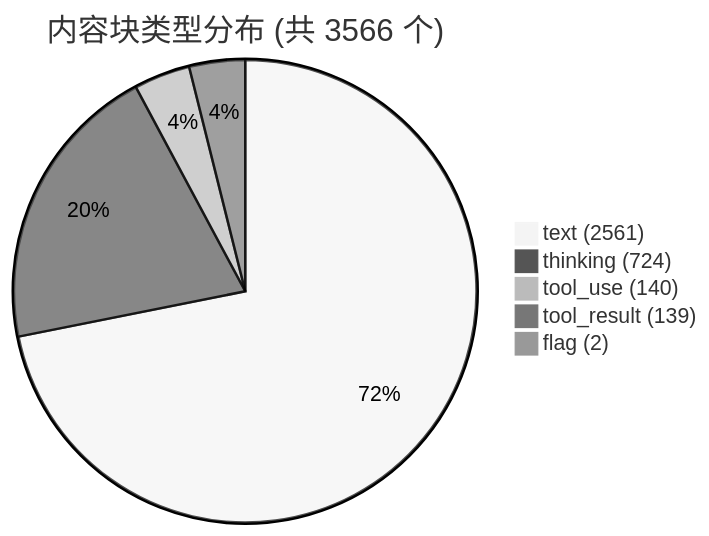
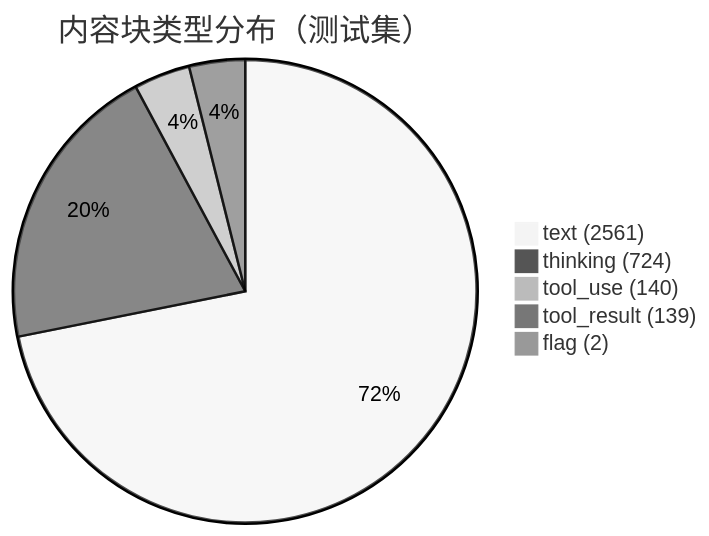
One commit to Silva6c/claude-viewer changed the ninth of 12 diagrams in docs/技术文档.md. Above: the diagram before and after it, drawn with Mermaid (neutral theme). The commit also changed other lines of this file and 1 other file, not shown here.

````diff
--- a/docs/技术文档.md
+++ b/docs/技术文档.md
@@ -464,8 +468,8 @@
 ```mermaid
-pie title 内容块类型分布 (共 3566 个)
+pie title 内容块类型分布（测试集）
     "text (2561)" : 2561
     "thinking (724)" : 724
     "tool_use (140)" : 140
     "tool_result (139)" : 139
     "flag (2)" : 2
 ```
````
